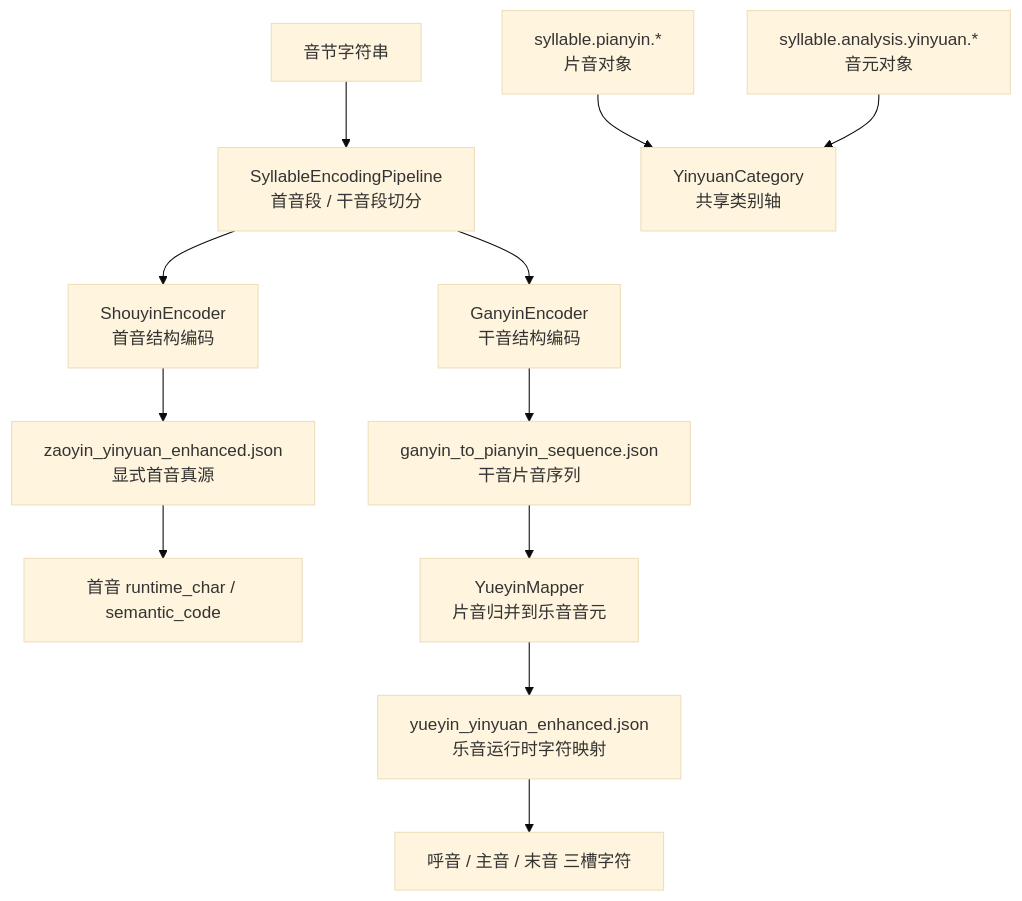
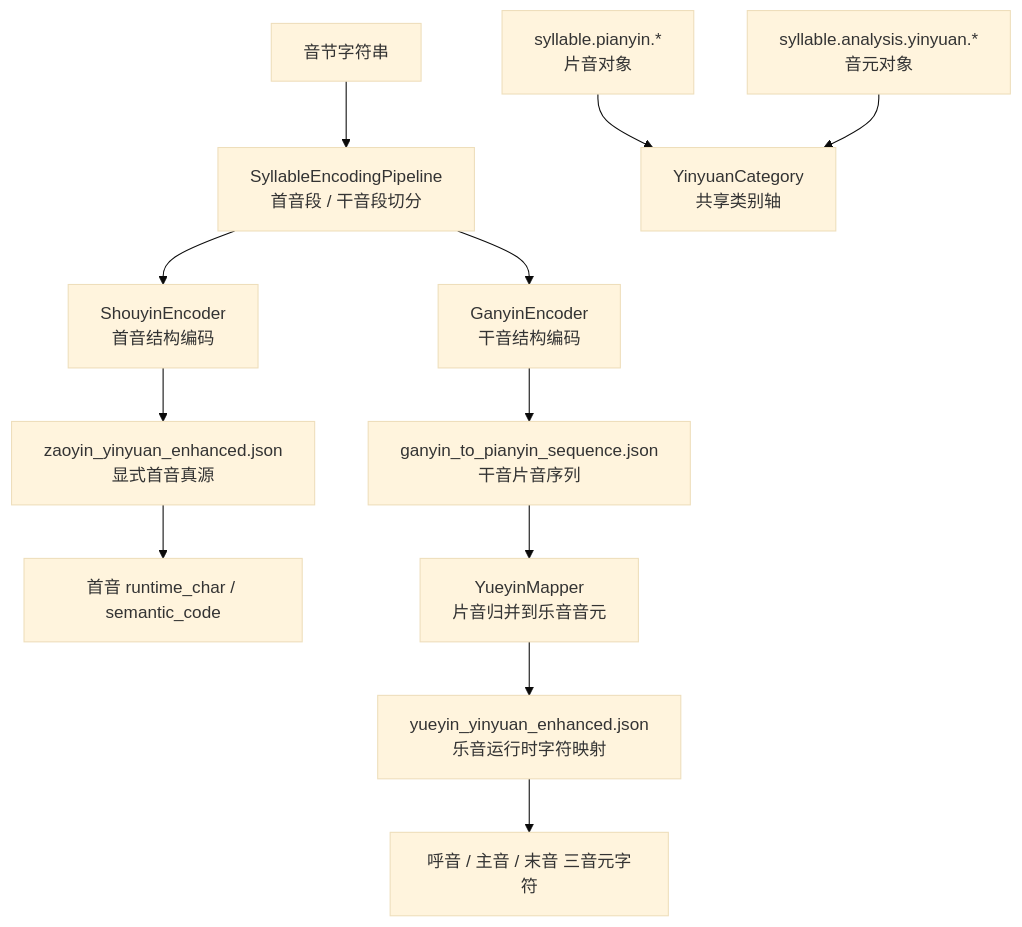
Before and after one commit to tsaanghwang/Yime-prototype: the diagram in docs/project/YINYUAN_REFACTOR_FLOW.md, drawn with Mermaid (base theme). The commit also changed 12 other files, not shown here.

````diff
--- a/docs/project/YINYUAN_REFACTOR_FLOW.md
+++ b/docs/project/YINYUAN_REFACTOR_FLOW.md
@@ -13,18 +13,18 @@
 ```mermaid
 flowchart TD
     A[音节字符串] --> B[SyllableEncodingPipeline\n首音段 / 干音段切分]
 
     B --> C[ShouyinEncoder\n首音结构编码]
     B --> D[GanyinEncoder\n干音结构编码]
 
     C --> C1[zaoyin_yinyuan_enhanced.json\n显式首音真源]
     C1 --> C2[首音 runtime_char / semantic_code]
 
     D --> D1[ganyin_to_pianyin_sequence.json\n干音片音序列]
     D1 --> D2[YueyinMapper\n片音归并到乐音音元]
     D2 --> D3[yueyin_yinyuan_enhanced.json\n乐音运行时字符映射]
-    D3 --> D4[呼音 / 主音 / 末音 三槽字符]
+    D3 --> D4[呼音 / 主音 / 末音 三音元字符]
 
     E[syllable.pianyin.*\n片音对象] --> F[YinyuanCategory\n共享类别轴]
     G[syllable.analysis.yinyuan.*\n音元对象] --> F
 ```
````
